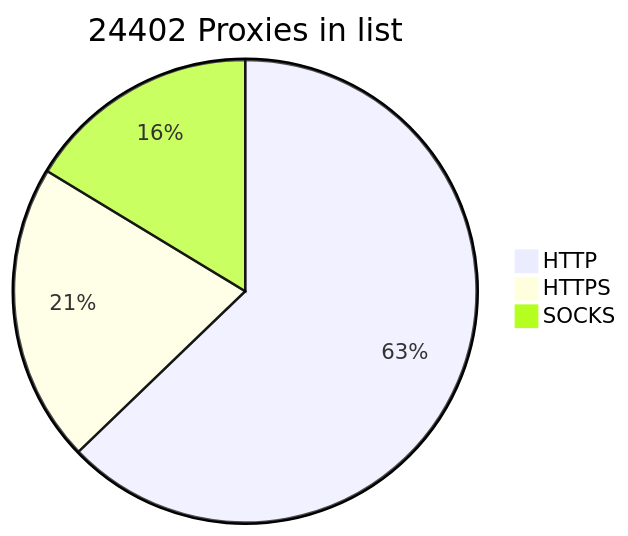
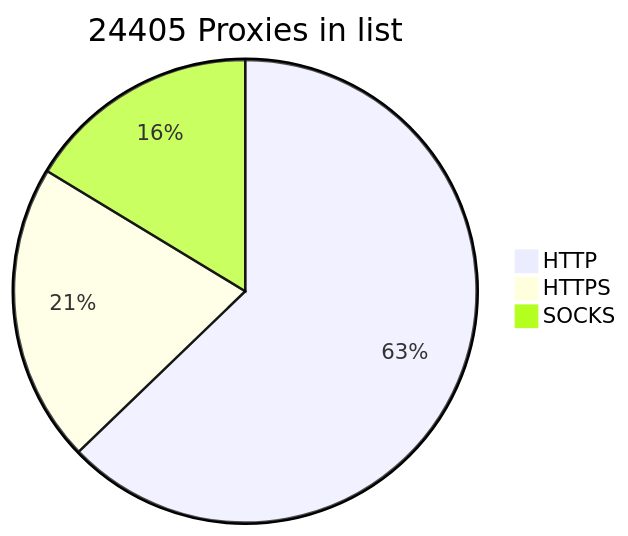
The diagram in README.md (BlackSnowDot/proxylist-update-every-minute), drawn with Mermaid before and after one commit.

````diff
--- a/README.md
+++ b/README.md
@@ -2,6 +2,6 @@
 ```mermaid
-pie title 24402 Proxies in list
-    "HTTP" : 17625
-    "HTTPS": 5858
+pie title 24405 Proxies in list
+    "HTTP" : 17624
+    "HTTPS": 5862
     "SOCKS" : 4580
 ```
````
